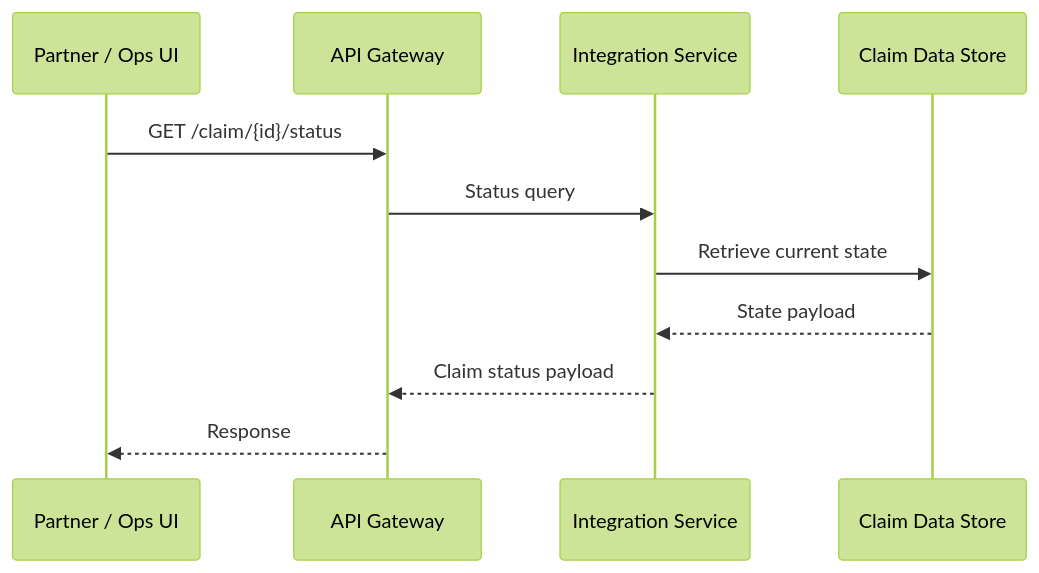
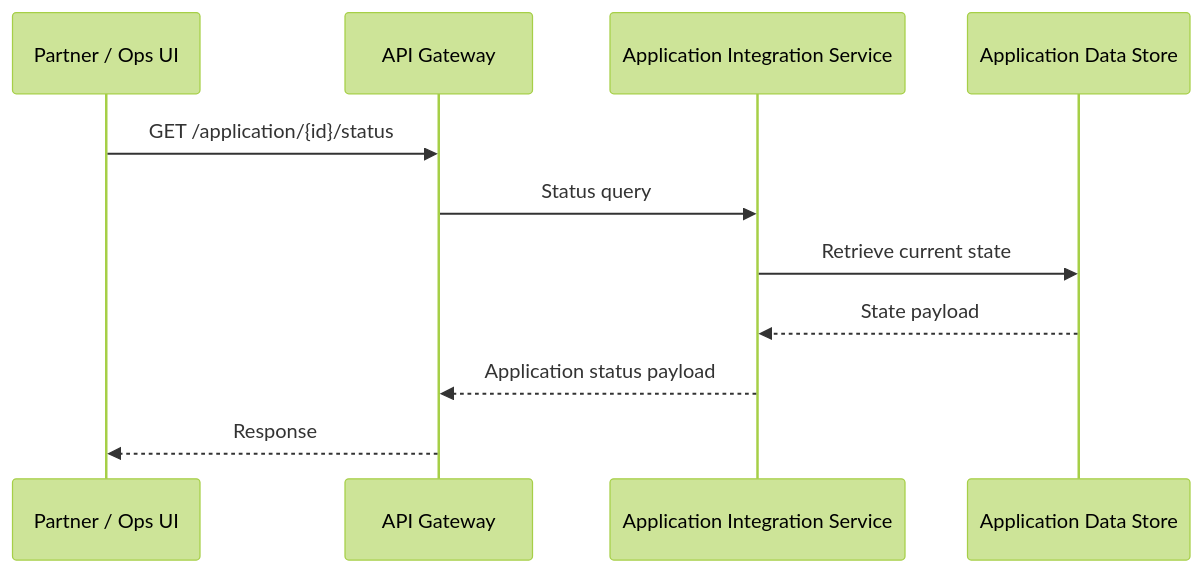
Before and after one commit to srinivma1/awesome-copilot: the fourth of 7 diagrams in HLD.md, drawn with Mermaid (forest theme). The commit also changed other lines of this file, not shown here.

````diff
--- a/HLD.md
+++ b/HLD.md
@@ -573,13 +572,13 @@
 ```mermaid
 sequenceDiagram
     participant UI as Partner / Ops UI
     participant GW as API Gateway
-    participant S as Integration Service
-    participant DB as Claim Data Store
-    UI->>GW: GET /claim/{id}/status
+    participant S as Application Integration Service
+    participant DB as Application Data Store
+    UI->>GW: GET /application/{id}/status
     GW->>S: Status query
     S->>DB: Retrieve current state
     DB-->>S: State payload
-    S-->>GW: Claim status payload
+    S-->>GW: Application status payload
     GW-->>UI: Response
 ```
````
